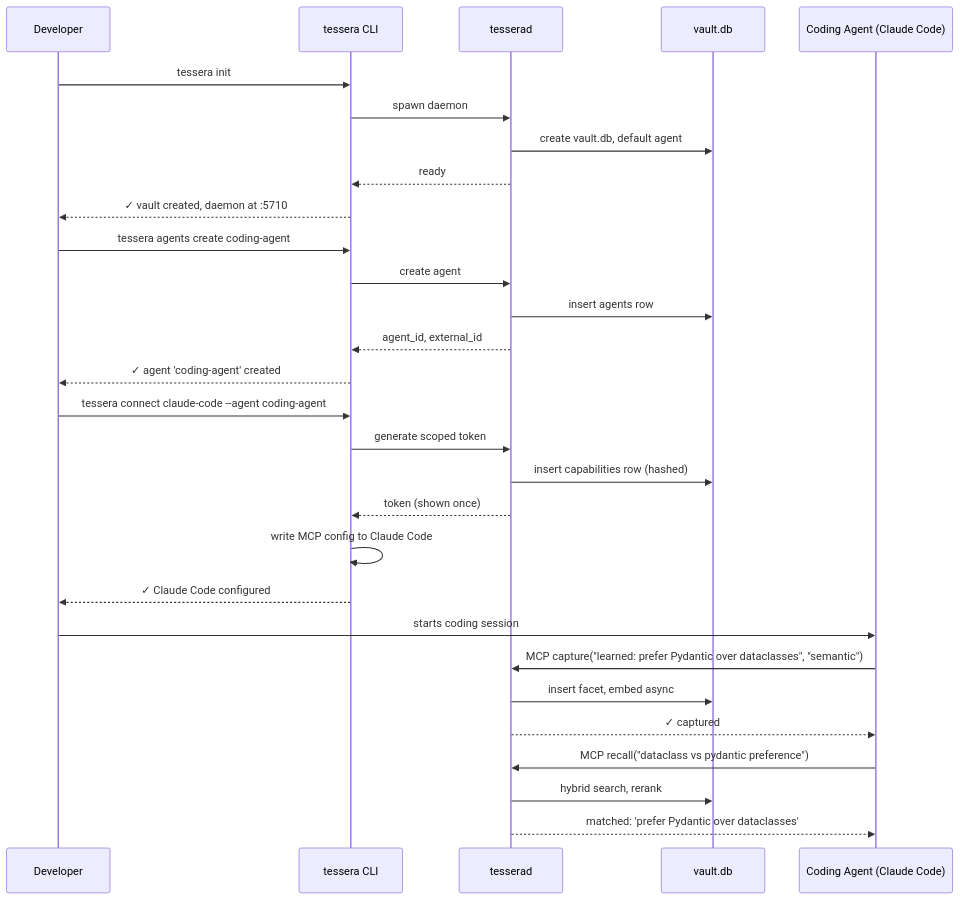
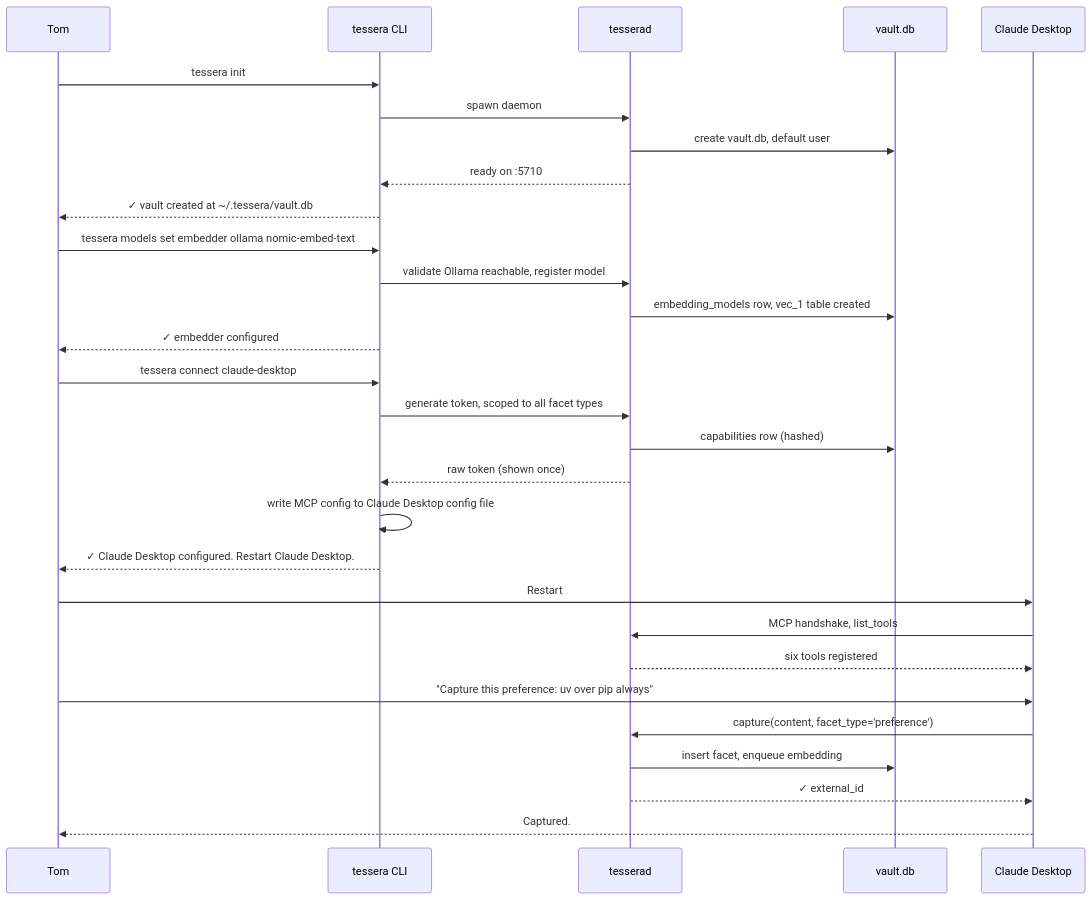
The fifth of 8 diagrams in docs/system-design.md (Mathews-Tom/Tessera), drawn with Mermaid before and after one commit. The commit also changed other lines of this file and 24 other files, not shown here.

````diff
--- a/docs/system-design.md
+++ b/docs/system-design.md
@@ -470,36 +344,36 @@
 ```mermaid
 sequenceDiagram
-  participant User as Developer
+  participant User as Tom
   participant CLI as tessera CLI
   participant Daemon as tesserad
   participant Vault as vault.db
-  participant Agent as Coding Agent (Claude Code)
+  participant Claude as Claude Desktop
 
   User->>CLI: tessera init
   CLI->>Daemon: spawn daemon
-  Daemon->>Vault: create vault.db, default agent
-  Daemon-->>CLI: ready
-  CLI-->>User: ✓ vault created, daemon at :5710
+  Daemon->>Vault: create vault.db, default user
+  Daemon-->>CLI: ready on :5710
+  CLI-->>User: ✓ vault created at ~/.tessera/vault.db
 
-  User->>CLI: tessera agents create coding-agent
-  CLI->>Daemon: create agent
-  Daemon->>Vault: insert agents row
-  Daemon-->>CLI: agent_id, external_id
-  CLI-->>User: ✓ agent 'coding-agent' created
+  User->>CLI: tessera models set embedder ollama nomic-embed-text
+  CLI->>Daemon: validate Ollama reachable, register model
+  Daemon->>Vault: embedding_models row, vec_1 table created
+  CLI-->>User: ✓ embedder configured
 
-  User->>CLI: tessera connect claude-code --agent coding-agent
-  CLI->>Daemon: generate scoped token
-  Daemon->>Vault: insert capabilities row (hashed)
-  Daemon-->>CLI: token (shown once)
-  CLI->>CLI: write MCP config to Claude Code
-  CLI-->>User: ✓ Claude Code configured
+  User->>CLI: tessera connect claude-desktop
+  CLI->>Daemon: generate token, scoped to all facet types
+  Daemon->>Vault: capabilities row (hashed)
+  Daemon-->>CLI: raw token (shown once)
+  CLI->>CLI: write MCP config to Claude Desktop config file
+  CLI-->>User: ✓ Claude Desktop configured. Restart Claude Desktop.
 
-  User->>Agent: starts coding session
-  Agent->>Daemon: MCP capture("learned: prefer Pydantic over dataclasses", "semantic")
-  Daemon->>Vault: insert facet, embed async
-  Daemon-->>Agent: ✓ captured
+  User->>Claude: Restart
+  Claude->>Daemon: MCP handshake, list_tools
+  Daemon-->>Claude: six tools registered
 
-  Agent->>Daemon: MCP recall("dataclass vs pydantic preference")
-  Daemon->>Vault: hybrid search, rerank
-  Daemon-->>Agent: matched: 'prefer Pydantic over dataclasses'
+  User->>Claude: "Capture this preference: uv over pip always"
+  Claude->>Daemon: capture(content, facet_type='preference')
+  Daemon->>Vault: insert facet, enqueue embedding
+  Daemon-->>Claude: ✓ external_id
+  Claude-->>User: Captured.
 ```
````
